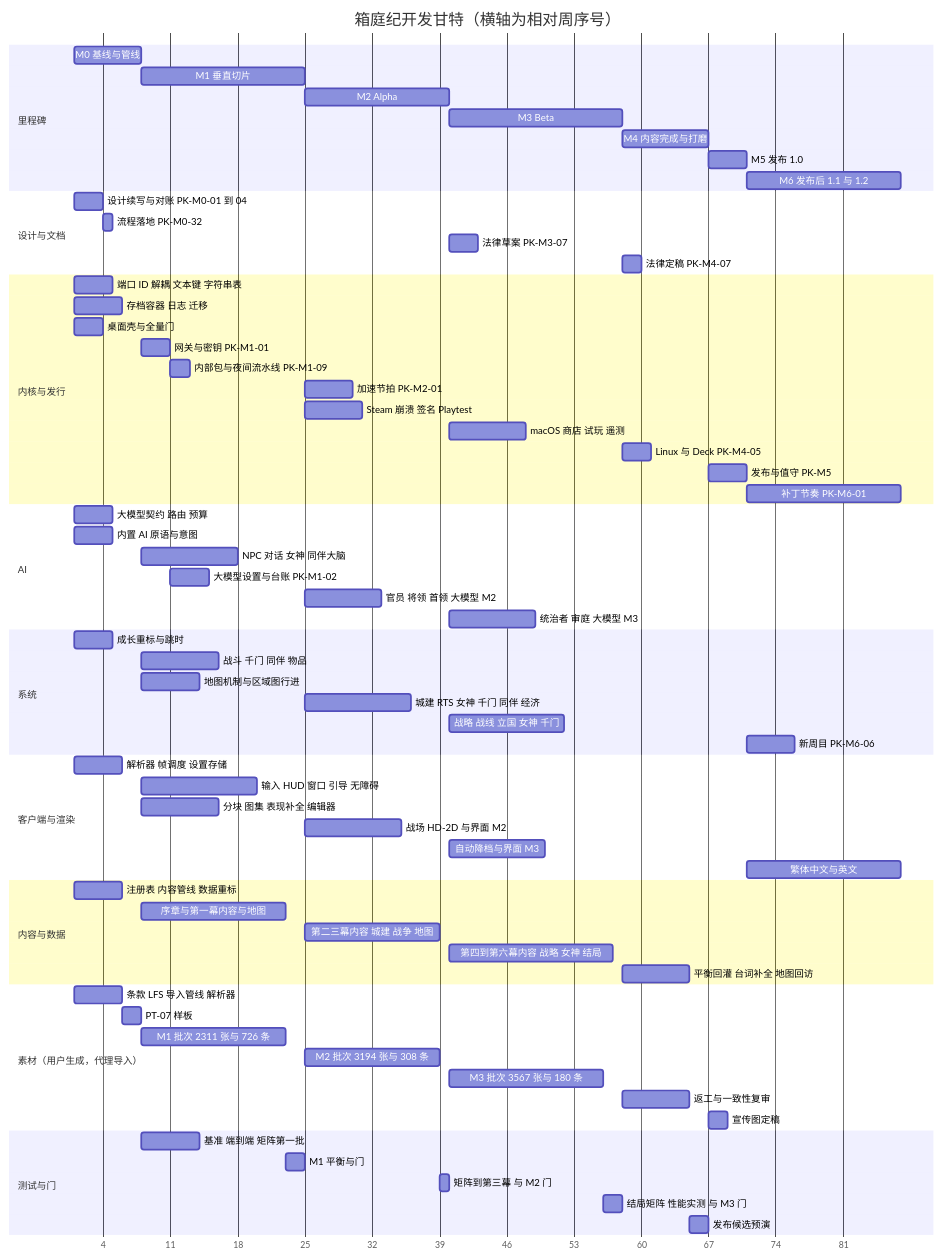
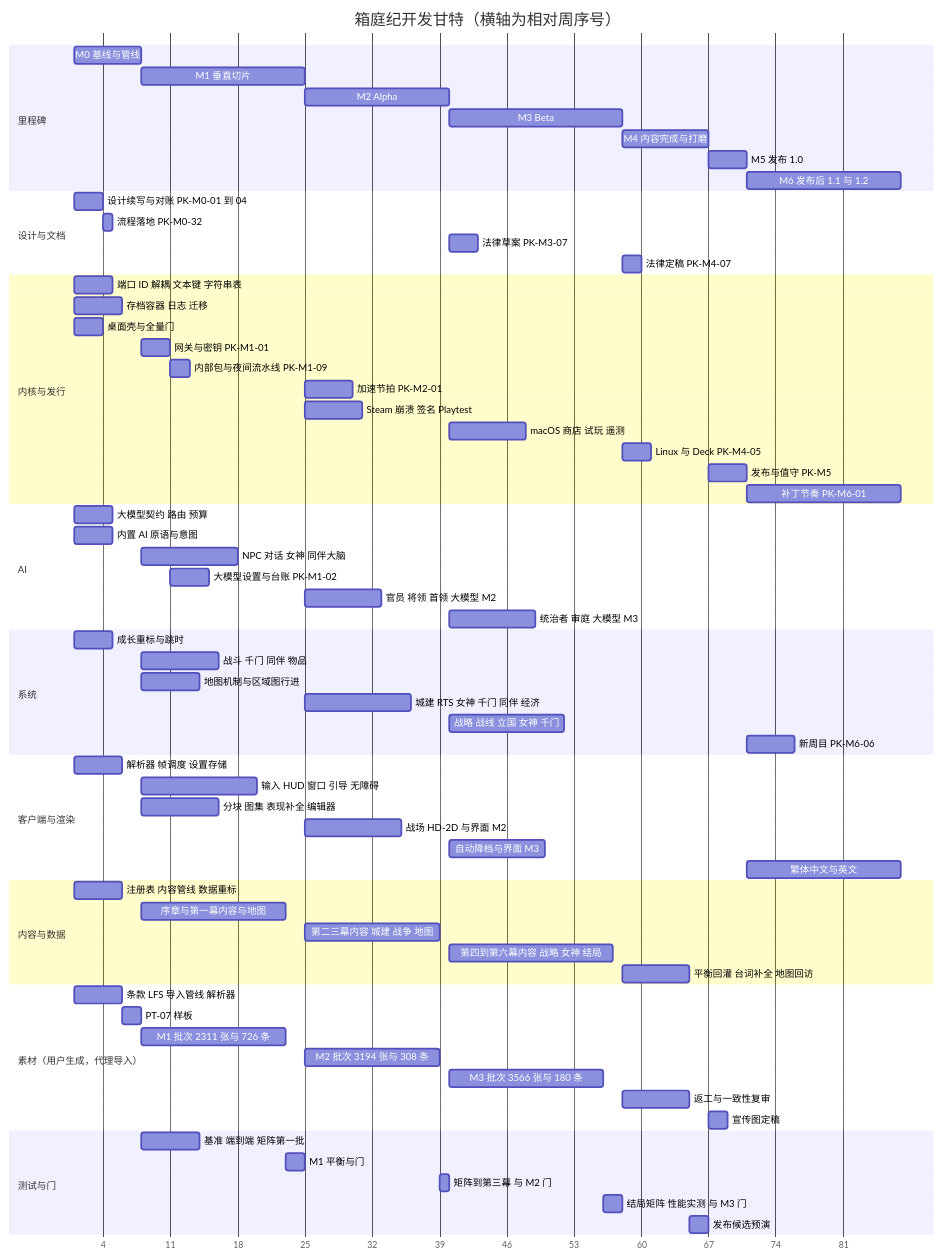
One commit to angelash/world-of-claudecraft changed the diagram in hakoniwa/docs/60_production/development_plan.md. Above: the diagram before and after it, drawn with Mermaid. The commit also changed other lines of this file and 27 other files, not shown here.

````diff
--- a/hakoniwa/docs/60_production/development_plan.md
+++ b/hakoniwa/docs/60_production/development_plan.md
@@ -507,72 +507,72 @@
 ```mermaid
 gantt
   title 箱庭纪开发甘特（横轴为相对周序号）
   dateFormat X
   axisFormat %-j
   section 里程碑
   M0 基线与管线 :m0, 43200, 7d
   M1 垂直切片 :m1, after m0, 17d
   M2 Alpha :m2, after m1, 15d
   M3 Beta :m3, after m2, 18d
   M4 内容完成与打磨 :m4, after m3, 9d
   M5 发布 1.0 :m5, after m4, 4d
   M6 发布后 1.1 与 1.2 :m6, after m5, 16d
   section 设计与文档
   设计续写与对账 PK-M0-01 到 04 :d1, 43200, 3d
   流程落地 PK-M0-32 :d2, after d1, 1d
   法律草案 PK-M3-07 :d3, after m2, 3d
   法律定稿 PK-M4-07 :d4, after m3, 2d
   section 内核与发行
   端口 ID 解耦 文本键 字符串表 :k1, 43200, 4d
   存档容器 日志 迁移 :k2, 648000, 5d
   桌面壳与全量门 :k3, 43200, 3d
   网关与密钥 PK-M1-01 :k4, after m0, 3d
   内部包与夜间流水线 PK-M1-09 :k5, after k4, 2d
   加速节拍 PK-M2-01 :k6, after m1, 5d
   Steam 崩溃 签名 Playtest :k7, after m1, 6d
   macOS 商店 试玩 遥测 :k8, after m2, 8d
   Linux 与 Deck PK-M4-05 :k9, after m3, 3d
   发布与值守 PK-M5 :k10, after m4, 4d
   补丁节奏 PK-M6-01 :k11, after m5, 16d
   section AI
   大模型契约 路由 预算 :a1, 43200, 4d
   内置 AI 原语与意图 :a2, 1252800, 4d
   NPC 对话 女神 同伴大脑 :a3, after m0, 10d
   大模型设置与台账 PK-M1-02 :a4, after k4, 4d
   官员 将领 首领 大模型 M2 :a5, after m1, 8d
   统治者 审庭 大模型 M3 :a6, after m2, 9d
   section 系统
   成长重标与跳时 :s1, 1857600, 4d
   战斗 千门 同伴 物品 :s2, after m0, 8d
   地图机制与区域图行进 :s3, after m0, 6d
   城建 RTS 女神 千门 同伴 经济 :s4, after m1, 11d
   战略 战线 立国 女神 千门 :s5, after m2, 12d
   新周目 PK-M6-06 :s6, after m5, 5d
   section 客户端与渲染
   解析器 帧调度 设置存储 :c1, 648000, 5d
   输入 HUD 窗口 引导 无障碍 :c2, after m0, 12d
   分块 图集 表现补全 编辑器 :c3, after m0, 8d
   战场 HD-2D 与界面 M2 :c4, after m1, 10d
   自动降档与界面 M3 :c5, after m2, 10d
   繁体中文与英文 :c6, after m5, 16d
   section 内容与数据
   注册表 内容管线 数据重标 :t1, 43200, 5d
   序章与第一幕内容与地图 :t2, after m0, 15d
   第二三幕内容 城建 战争 地图 :t3, after m1, 14d
   第四到第六幕内容 战略 女神 结局 :t4, after m2, 17d
   平衡回灌 台词补全 地图回访 :t5, after m3, 7d
   section 素材（用户生成，代理导入）
   条款 LFS 导入管线 解析器 :r1, 43200, 5d
   PT-07 样板 :r2, after r1, 2d
   M1 批次 2311 张与 726 条 :r3, after m0, 15d
   M2 批次 3194 张与 308 条 :r4, after m1, 14d
-  M3 批次 3567 张与 180 条 :r5, after m2, 16d
+  M3 批次 3566 张与 180 条 :r5, after m2, 16d
   返工与一致性复审 :r6, after m3, 7d
   宣传图定稿 :r7, after m4, 2d
   section 测试与门
   基准 端到端 矩阵第一批 :q1, after m0, 6d
   M1 平衡与门 :q2, after r3, 2d
   矩阵到第三幕 与 M2 门 :q3, after r4, 1d
   结局矩阵 性能实测 与 M3 门 :q4, after r5, 2d
   发布候选预演 :q5, after t5, 2d
 ```
````
